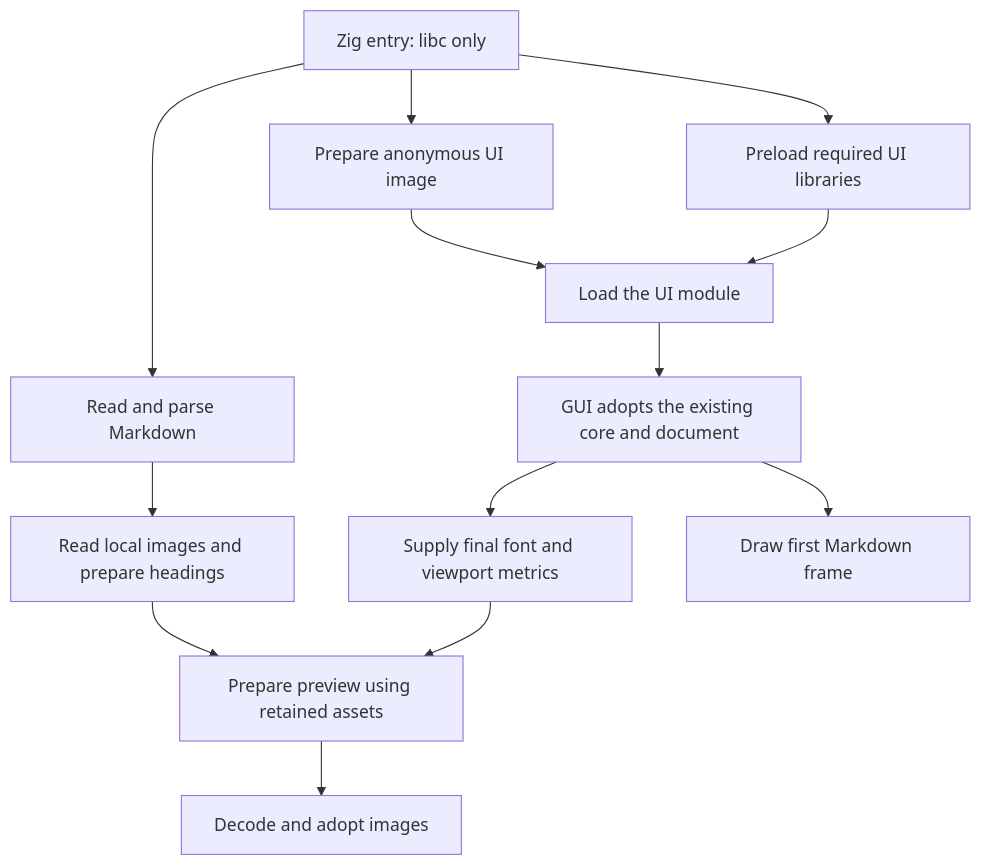
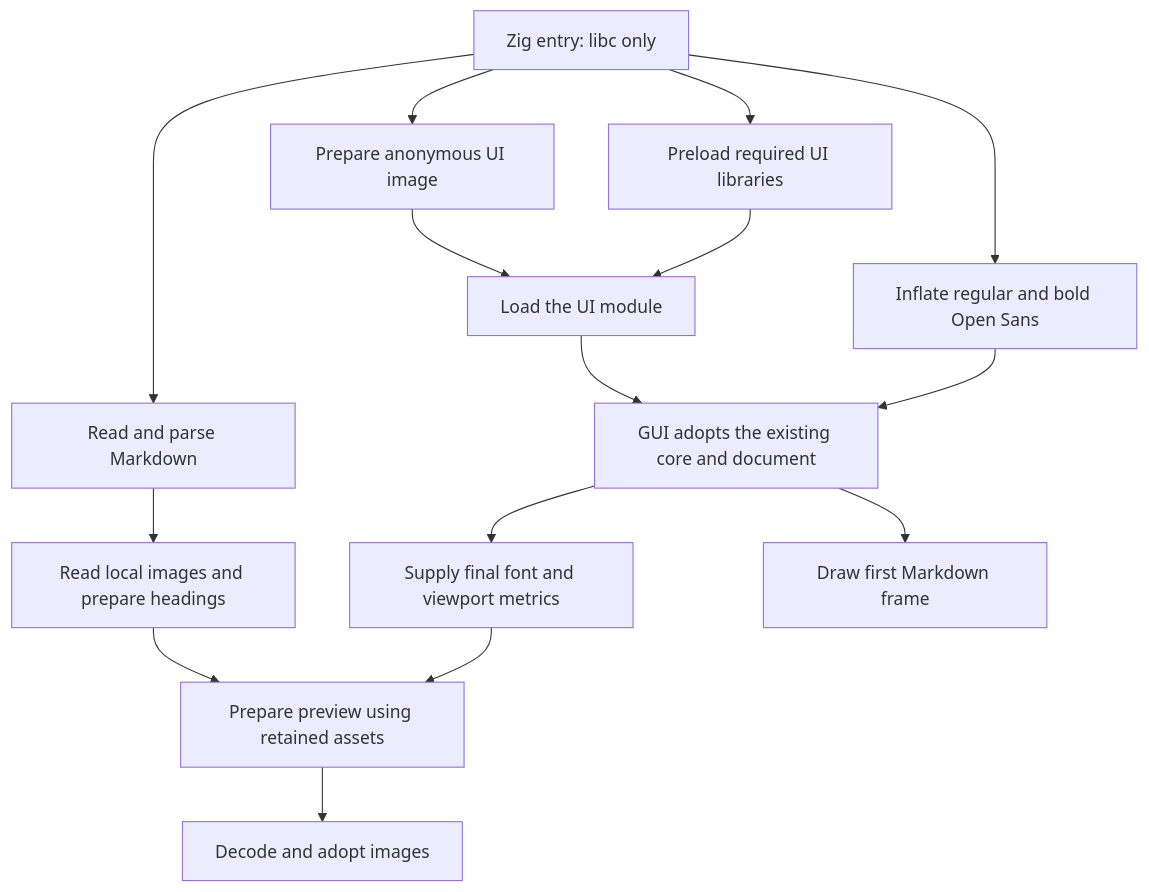
Before and after one commit to mariobaldini/mdf: the diagram in docs/parallel-bootstrap.md, drawn with Mermaid. The commit also changed other lines of this file and 210 other files, not shown here.

````diff
--- a/docs/parallel-bootstrap.md
+++ b/docs/parallel-bootstrap.md
@@ -15,15 +18,17 @@
 ```mermaid
 flowchart TD
     A[Zig entry: libc only] --> B[Read and parse Markdown]
     A --> C[Prepare anonymous UI image]
     C --> D[Load the UI module]
     A --> E[Preload required UI libraries]
+    A --> L[Inflate regular and bold Open Sans]
     E --> D
     B --> F[Read local images and prepare headings]
     D --> G[GUI adopts the existing core and document]
+    L --> G
     G --> H[Supply final font and viewport metrics]
     F --> I[Prepare preview using retained assets]
     H --> I
     G --> J[Draw first Markdown frame]
     I --> K[Decode and adopt images]
 ```
````
